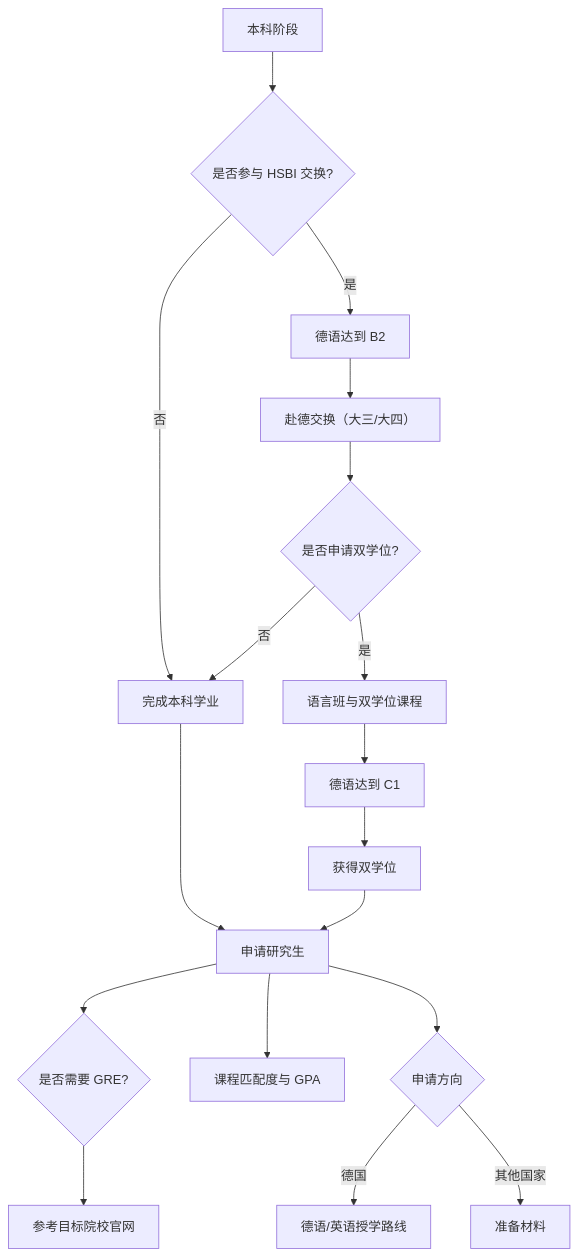
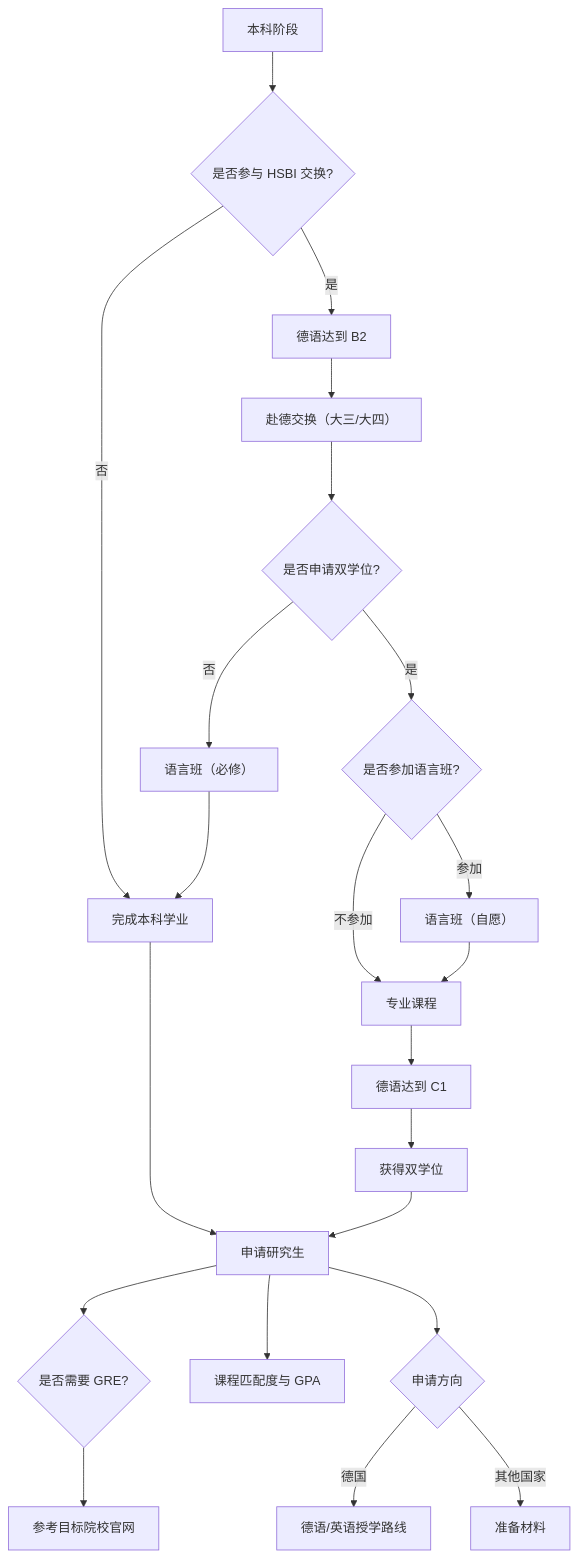
One commit to BiUH-C2G/wiki changed the diagram in docs/academic/go-abroad/study-abroad.md. Above: the diagram before and after it, drawn with Mermaid. The commit also changed other lines of this file, not shown here.

Commit message:
study-abroad: Clarify HSBI flow and language class rules

````diff
--- a/docs/academic/go-abroad/study-abroad.md
+++ b/docs/academic/go-abroad/study-abroad.md
@@ -3,37 +3,44 @@
 ```mermaid
 graph TD
   A[本科阶段]
   B{是否参与 HSBI 交换?}
   C[完成本科学业]
   D[德语达到 B2]
   E[赴德交换（大三/大四）]
   F{是否申请双学位?}
-  G[语言班与双学位课程]
-  H[德语达到 C1]
-  I[获得双学位]
-  J[申请研究生]
-  K{是否需要 GRE?}
-  L[参考目标院校官网]
-  M[课程匹配度与 GPA]
-  N{申请方向}
-  O[德语/英语授学路线]
-  P[准备材料]
+  G1[语言班（必修）]
+  F2{是否参加语言班?}
+  G2[语言班（自愿）]
+  H[专业课程]
+  I[德语达到 C1]
+  J[获得双学位]
+  K[申请研究生]
+  L{是否需要 GRE?}
+  M[参考目标院校官网]
+  N[课程匹配度与 GPA]
+  O{申请方向}
+  P[德语/英语授学路线]
+  Q[准备材料]
 
   A --> B
   B -->|否| C
   B -->|是| D
   D --> E
   E --> F
-  F -->|否| C
-  F -->|是| G
-  G --> H
+  F -->|否| G1
+  G1 --> C
+  F -->|是| F2
+  F2 -->|参加| G2
+  F2 -->|不参加| H
+  G2 --> H
   H --> I
-  C --> J
   I --> J
+  C --> K
   J --> K
   K --> L
-  J --> M
-  J --> N
-  N -->|德国| O
-  N -->|其他国家| P
+  L --> M
+  K --> N
+  K --> O
+  O -->|德国| P
+  O -->|其他国家| Q
 ```
````
